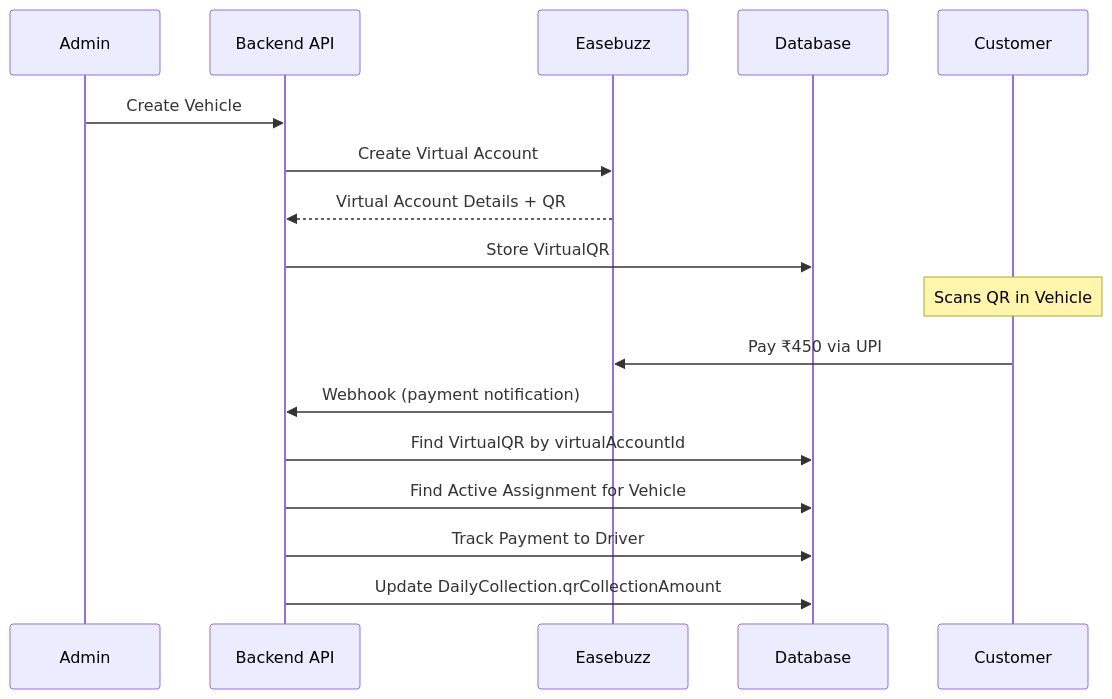
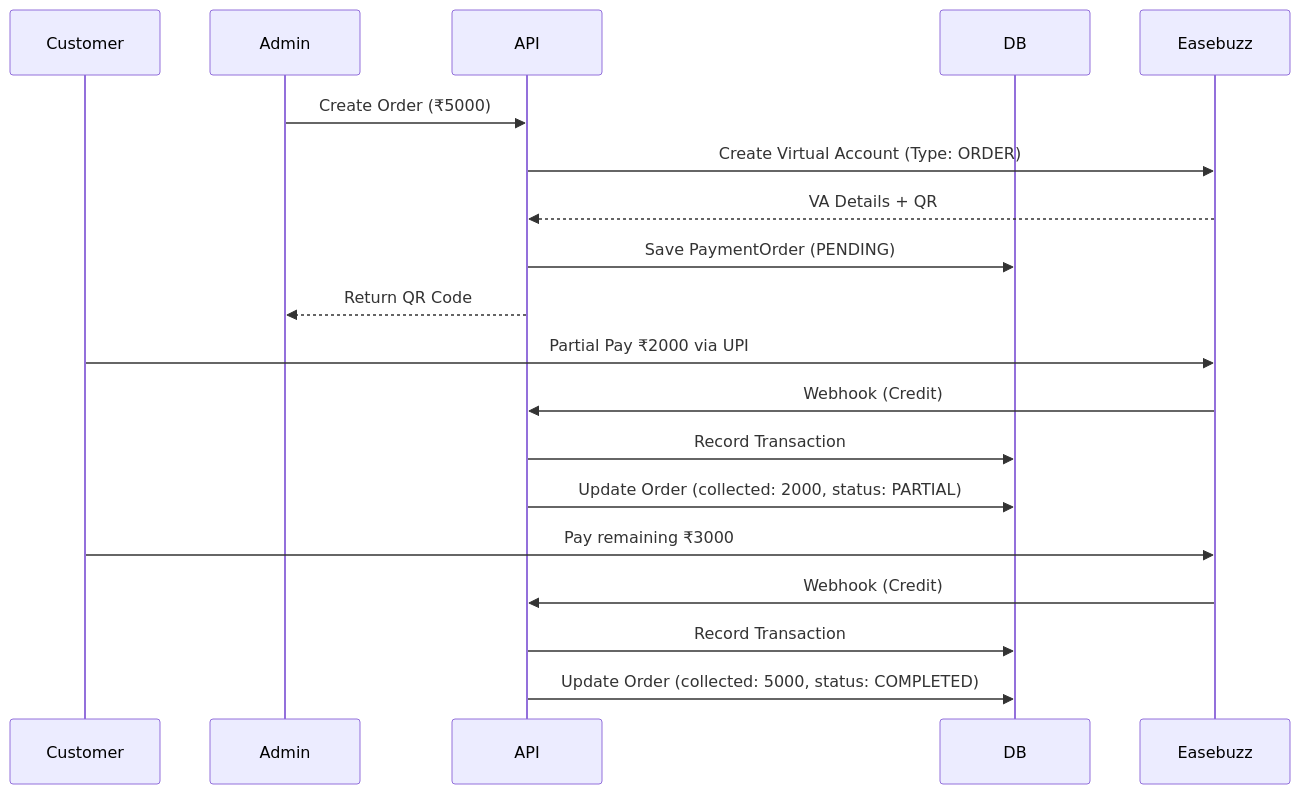
Before and after one commit to AnuJ221011/drivers-klub: the fifth of 5 diagrams in backend/docs/PAYMENT_SYSTEM_DOCUMENTATION.md, drawn with Mermaid. The commit also changed other lines of this file and 90 other files, not shown here.

Commit message:
integrate driver preference api

````diff
--- a/backend/docs/PAYMENT_SYSTEM_DOCUMENTATION.md
+++ b/backend/docs/PAYMENT_SYSTEM_DOCUMENTATION.md
@@ -1195,21 +197,24 @@
 ```mermaid
 sequenceDiagram
-    participant Admin as Admin
-    participant API as Backend API
-    participant EB as Easebuzz
-    participant DB as Database
-    participant Customer as Customer
+    participant Customer
+    participant Admin
+    participant API
+    participant DB
+    participant Easebuzz
 
-    Admin->>API: Create Vehicle
-    API->>EB: Create Virtual Account
-    EB-->>API: Virtual Account Details + QR
-    API->>DB: Store VirtualQR
-    
-    Note over Customer: Scans QR in Vehicle
-    Customer->>EB: Pay ₹450 via UPI
-    EB->>API: Webhook (payment notification)
-    API->>DB: Find VirtualQR by virtualAccountId
-    API->>DB: Find Active Assignment for Vehicle
-    API->>DB: Track Payment to Driver
-    API->>DB: Update DailyCollection.qrCollectionAmount
+    Admin->>API: Create Order (₹5000)
+    API->>Easebuzz: Create Virtual Account (Type: ORDER)
+    Easebuzz-->>API: VA Details + QR
+    API->>DB: Save PaymentOrder (PENDING)
+    API-->>Admin: Return QR Code
+
+    Customer->>Easebuzz: Partial Pay ₹2000 via UPI
+    Easebuzz->>API: Webhook (Credit)
+    API->>DB: Record Transaction
+    API->>DB: Update Order (collected: 2000, status: PARTIAL)
+
+    Customer->>Easebuzz: Pay remaining ₹3000
+    Easebuzz->>API: Webhook (Credit)
+    API->>DB: Record Transaction
+    API->>DB: Update Order (collected: 5000, status: COMPLETED)
 ```
````
